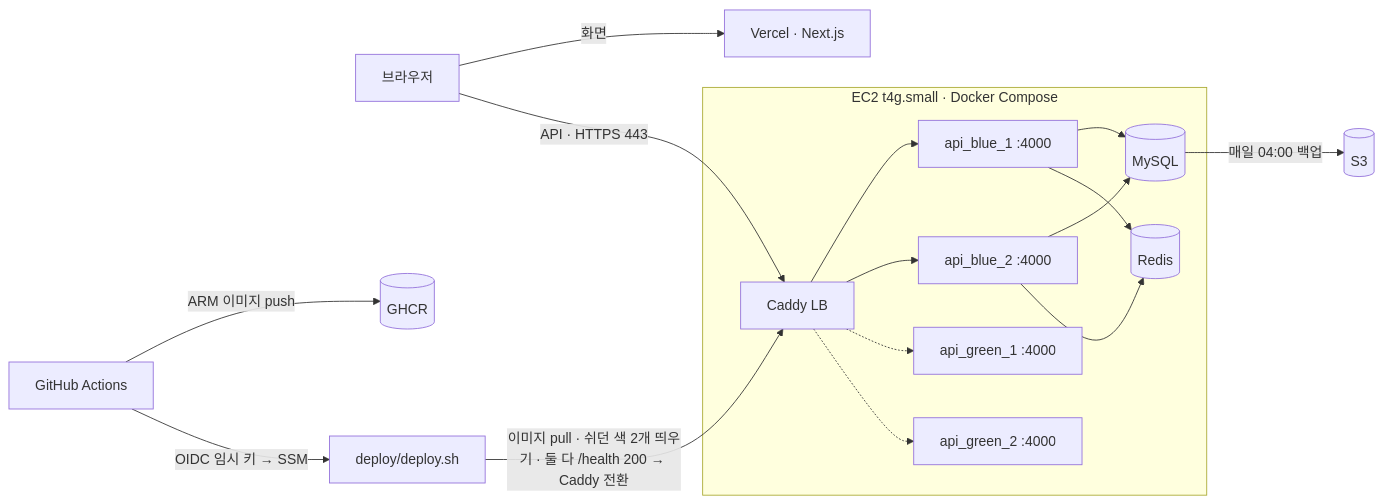
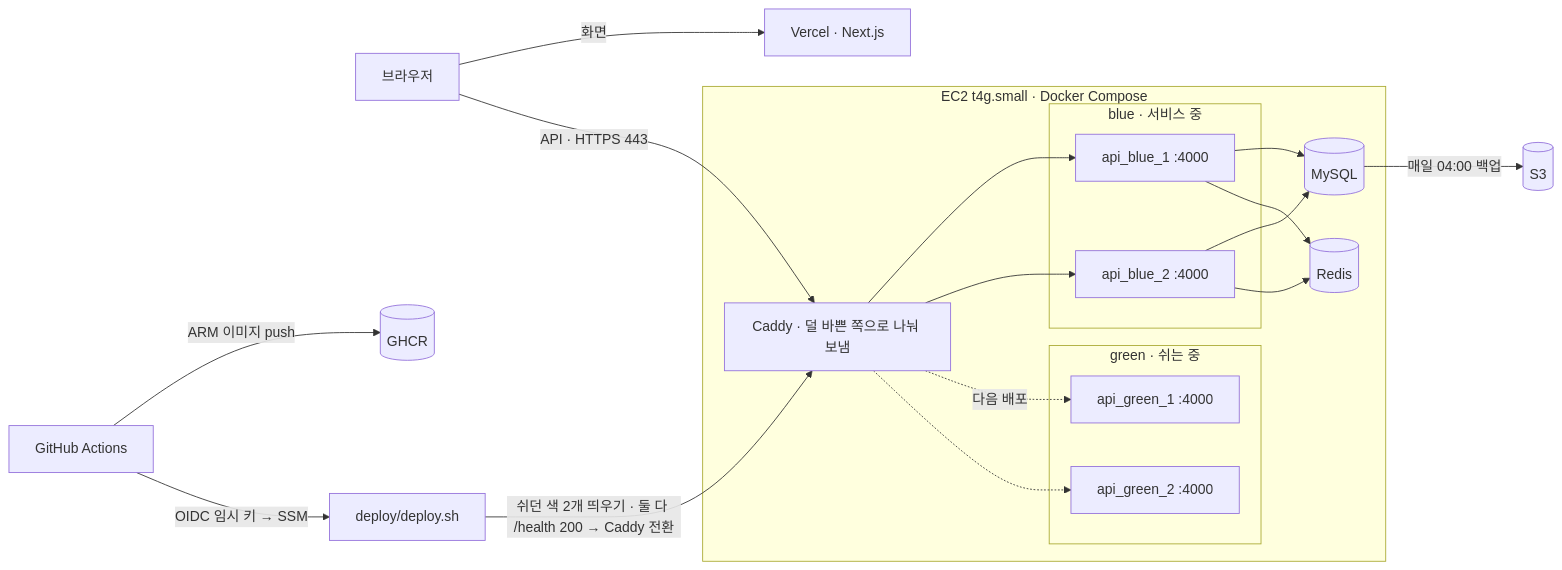
The diagram in README.md (POcodingWER/backend-visualized), drawn with Mermaid before and after one commit. The commit also changed other lines of this file and 15 other files, not shown here.

````diff
--- a/README.md
+++ b/README.md
@@ -37,19 +37,30 @@
 ```mermaid
 flowchart LR
   B[브라우저] -->|화면| V[Vercel · Next.js]
-  B -->|API · HTTPS 443| C
   subgraph EC2[EC2 t4g.small · Docker Compose]
-    C[Caddy LB] --> AB1[api_blue_1 :4000]
-    C --> AB2[api_blue_2 :4000]
-    C -.-> AG1[api_green_1 :4000]
-    C -.-> AG2[api_green_2 :4000]
-    AB1 --> M[(MySQL)]
-    AB1 --> R[(Redis)]
+    C[Caddy · 덜 바쁜 쪽으로 나눠 보냄]
+    subgraph BLUE[blue · 서비스 중]
+      AB1[api_blue_1 :4000]
+      AB2[api_blue_2 :4000]
+    end
+    subgraph GREEN[green · 쉬는 중]
+      AG1[api_green_1 :4000]
+      AG2[api_green_2 :4000]
+    end
+    M[(MySQL)]
+    R[(Redis)]
+    C --> AB1
+    C --> AB2
+    C -.->|다음 배포| AG1
+    C -.-> AG2
+    AB1 --> M
+    AB1 --> R
     AB2 --> M
     AB2 --> R
   end
+  B -->|API · HTTPS 443| C
   GH[GitHub Actions] -->|ARM 이미지 push| GHCR[(GHCR)]
   GH -->|OIDC 임시 키 → SSM| D[deploy/deploy.sh]
-  D -->|이미지 pull · 쉬던 색 2개 띄우기 · 둘 다 /health 200 → Caddy 전환| C
+  D -->|쉬던 색 2개 띄우기 · 둘 다 /health 200 → Caddy 전환| C
   M -->|매일 04:00 백업| S3[(S3)]
 ```
````
